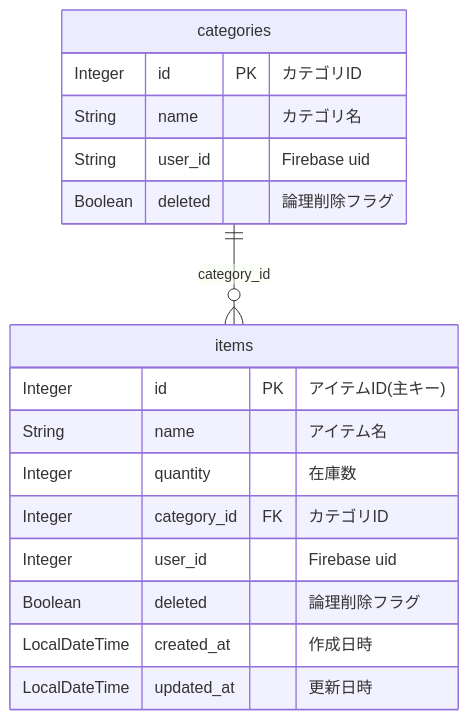
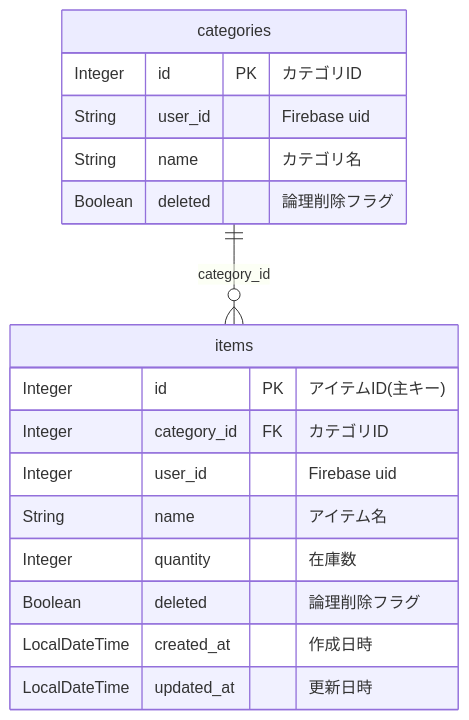
The diagram in doc/er.md (miki-hayashi-71/inventory-api), drawn with Mermaid before and after one commit. The commit also changed other lines of this file, not shown here.

````diff
--- a/doc/er.md
+++ b/doc/er.md
@@ -4,23 +4,23 @@
 ```mermaid
 erDiagram
 
 categories {
     Integer id PK "カテゴリID"
+    String user_id "Firebase uid"
     String name "カテゴリ名"
-    String user_id "Firebase uid"
     Boolean deleted "論理削除フラグ"
 }
 
 items {
     Integer id PK "アイテムID(主キー)"
+    Integer category_id FK "カテゴリID"
+    Integer user_id "Firebase uid"
     String name "アイテム名"
     Integer quantity "在庫数"
-    Integer category_id FK "カテゴリID"
-    Integer user_id "Firebase uid"
     Boolean deleted "論理削除フラグ"
     LocalDateTime created_at "作成日時"
     LocalDateTime updated_at "更新日時"
 }
 
 categories || --o{ items : category_id
 ```
````
